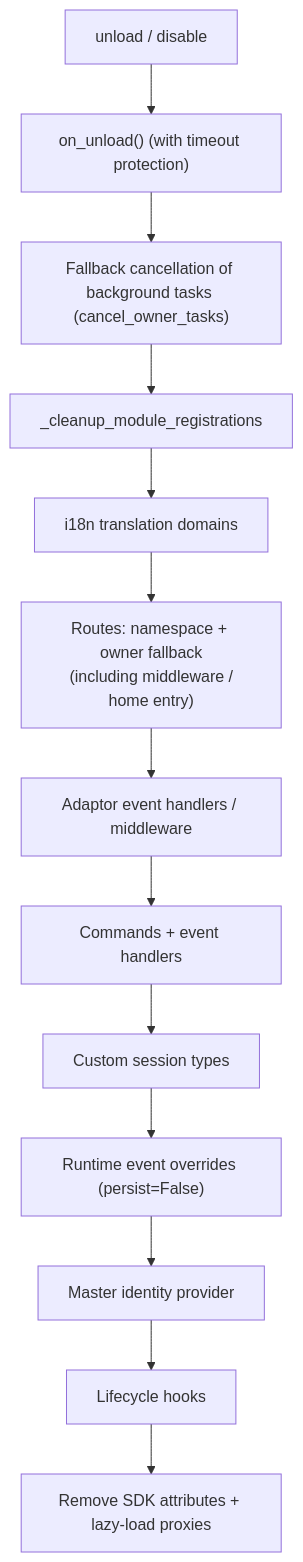
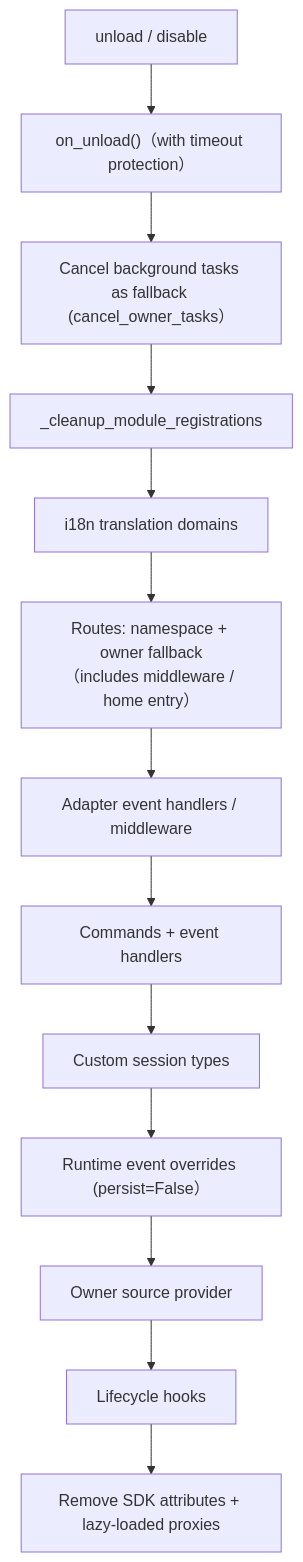
The diagram in docs/en/advanced/ownership.md (ErisPulse/ErisPulse), drawn with Mermaid before and after one commit. The commit also changed other lines of this file and 622 other files, not shown here.

````diff
--- a/docs/en/advanced/ownership.md
+++ b/docs/en/advanced/ownership.md
@@ -71,15 +71,15 @@
 ```mermaid
 flowchart TD
-    A["unload / disable"] --> B["on_unload() (with timeout protection)"]
-    B --> C["Fallback cancellation of background tasks (cancel_owner_tasks)"]
+    A["unload / disable"] --> B["on_unload()（with timeout protection）"]
+    B --> C["Cancel background tasks as fallback (cancel_owner_tasks）"]
     C --> D["_cleanup_module_registrations"]
     D --> D1["i18n translation domains"]
-    D1 --> D2["Routes: namespace + owner fallback<br/> (including middleware / home entry)"]
-    D2 --> D3["Adaptor event handlers / middleware"]
+    D1 --> D2["Routes: namespace + owner fallback<br/>（includes middleware / home entry）"]
+    D2 --> D3["Adapter event handlers / middleware"]
     D3 --> D4["Commands + event handlers"]
     D4 --> D5["Custom session types"]
-    D5 --> D6["Runtime event overrides (persist=False)"]
-    D6 --> D7["Master identity provider"]
+    D5 --> D6["Runtime event overrides (persist=False）"]
+    D6 --> D7["Owner source provider"]
     D7 --> D8["Lifecycle hooks"]
-    D8 --> E["Remove SDK attributes + lazy-load proxies"]
+    D8 --> E["Remove SDK attributes + lazy-loaded proxies"]
 ```
````
